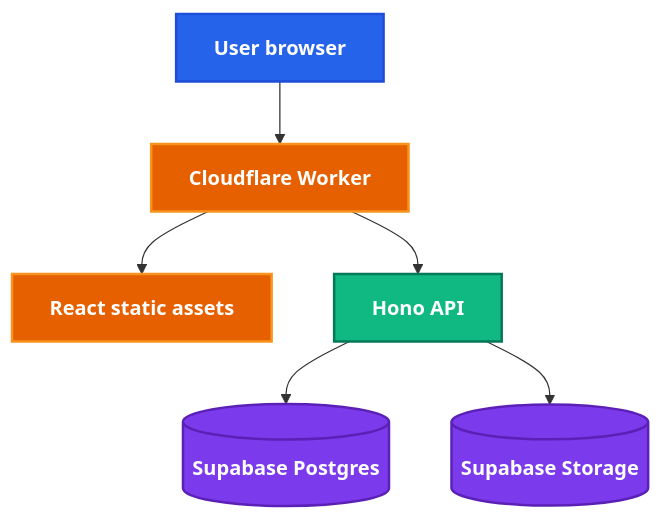
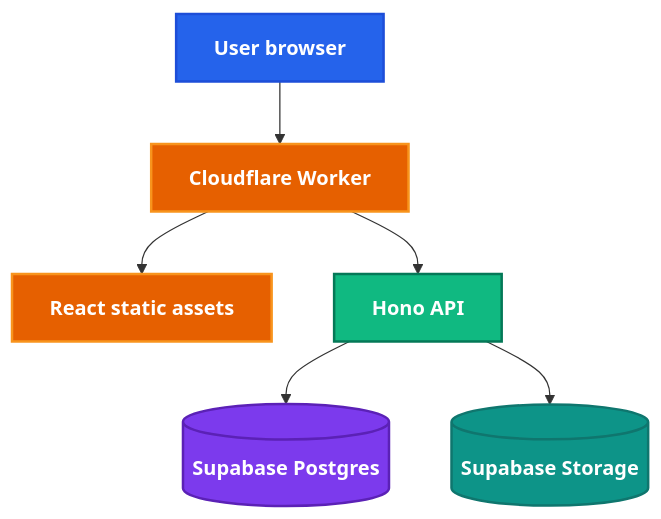
The third of 8 diagrams in slides/pages/part-1.md (PuttTim/orbital-26-deployment-workshop), drawn with Mermaid before and after one commit. The commit also changed other lines of this file and 1 other file, not shown here.

````diff
--- a/slides/pages/part-1.md
+++ b/slides/pages/part-1.md
@@ -562,18 +616,20 @@
 ```mermaid {scale: 0.75}
 flowchart TB
     U[User browser] --> W[Cloudflare Worker]
     W --> A[React static assets]
     W --> H[Hono API]
     H --> S[(Supabase Postgres)]
     H --> F[(Supabase Storage)]
 
     classDef client fill:#2563eb,color:#ffffff,stroke:#1d4ed8,stroke-width:2px,font-weight:bold
     classDef worker fill:#e66000,color:#ffffff,stroke:#f8941d,stroke-width:2px,font-weight:bold
     classDef api fill:#10b981,color:#ffffff,stroke:#047857,stroke-width:2px,font-weight:bold
-    classDef data fill:#7c3aed,color:#ffffff,stroke:#5b21b6,stroke-width:2px,font-weight:bold
+    classDef db fill:#7c3aed,color:#ffffff,stroke:#5b21b6,stroke-width:2px,font-weight:bold
+    classDef storage fill:#0d9488,color:#ffffff,stroke:#0f766e,stroke-width:2px,font-weight:bold
 
     class U client
     class W,A worker
     class H api
-    class S,F data
+    class S db
+    class F storage
 ```
````
